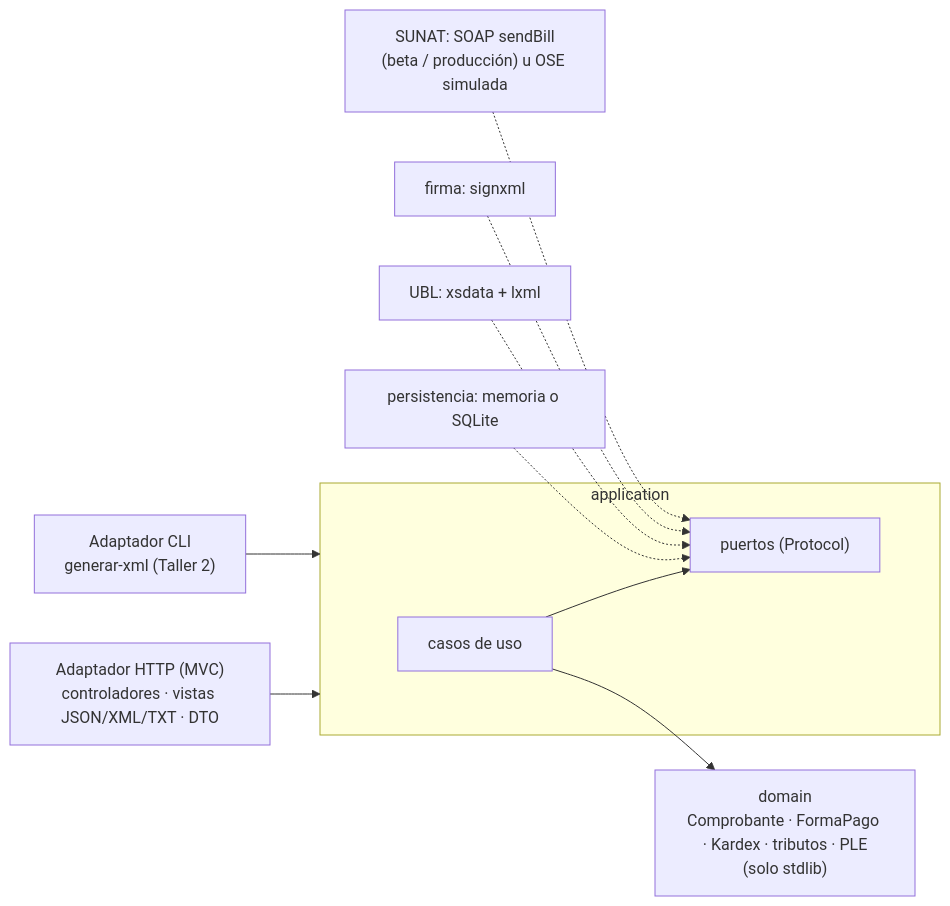
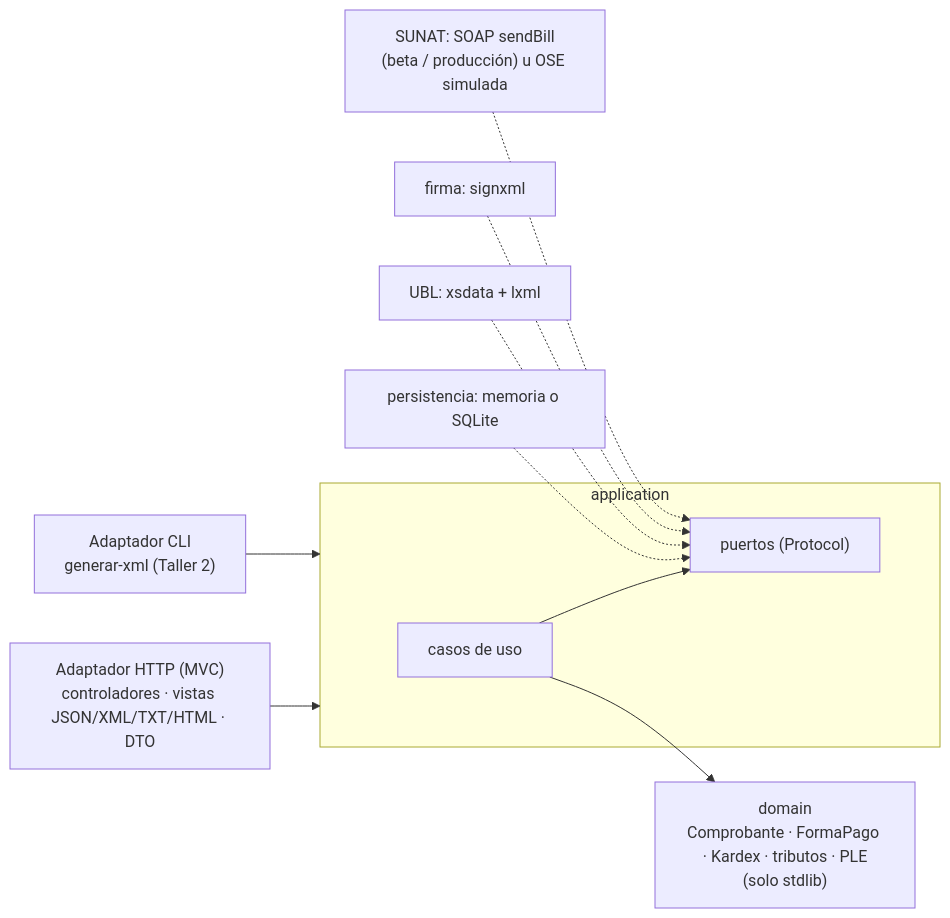
The diagram in README.md (Melor-Smith/ARQUITECTURA), drawn with Mermaid before and after one commit. The commit also changed other lines of this file and 27 other files, not shown here.

````diff
--- a/README.md
+++ b/README.md
@@ -84,13 +95,13 @@
 ```mermaid
 flowchart LR
-    HTTP["Adaptador HTTP (MVC)<br/>controladores · vistas JSON/XML/TXT · DTO"] --> APP
+    HTTP["Adaptador HTTP (MVC)<br/>controladores · vistas JSON/XML/TXT/HTML · DTO"] --> APP
     CLI["Adaptador CLI<br/>generar-xml (Taller 2)"] --> APP
     subgraph APP["application"]
         UC["casos de uso"] --> PORTS["puertos (Protocol)"]
     end
     UC --> DOM["domain<br/>Comprobante · FormaPago · Kardex · tributos · PLE<br/>(solo stdlib)"]
     MEM["persistencia: memoria o SQLite"] -.-> PORTS
     UBL["UBL: xsdata + lxml"] -.-> PORTS
     SIG["firma: signxml"] -.-> PORTS
     OSE["SUNAT: SOAP sendBill<br/>(beta / producción) u OSE simulada"] -.-> PORTS
 ```
````
